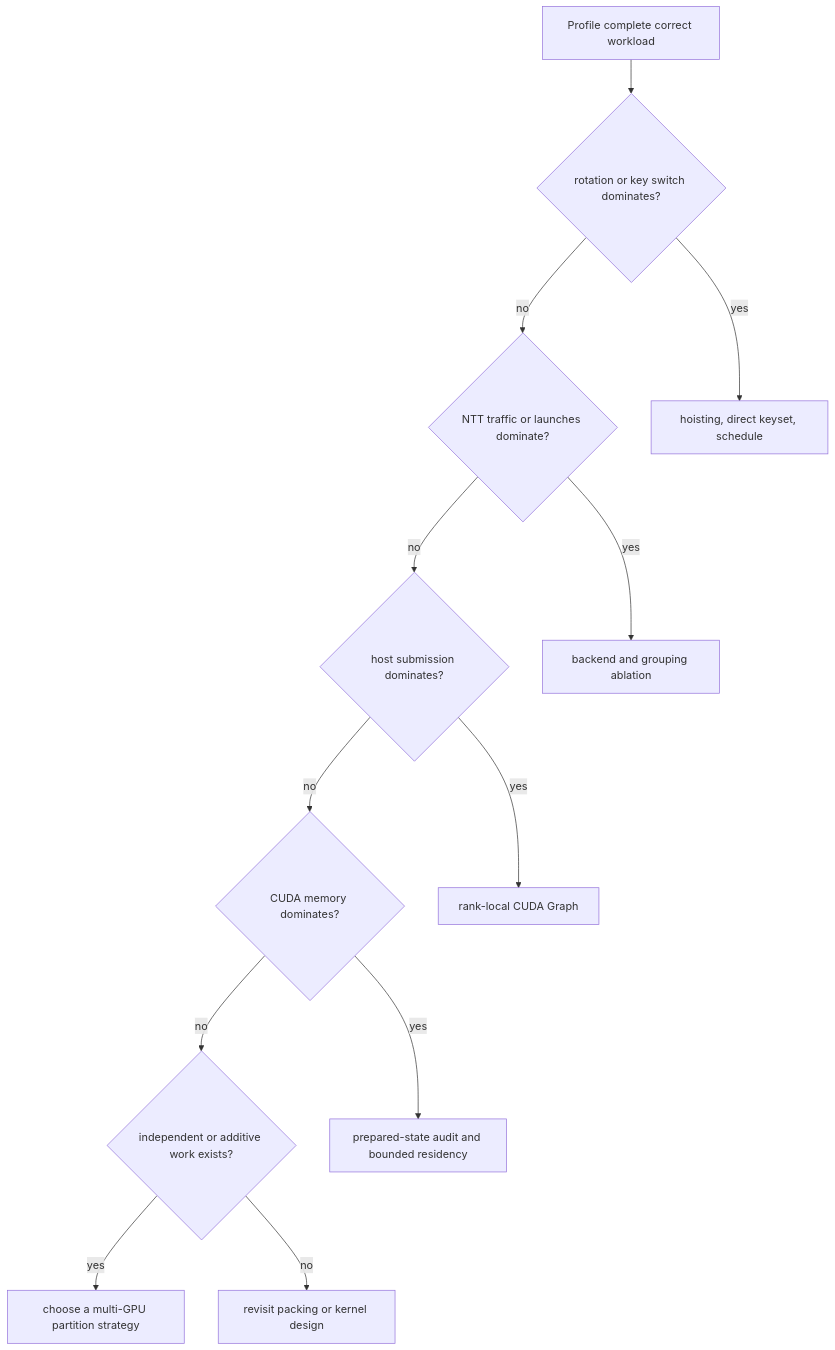
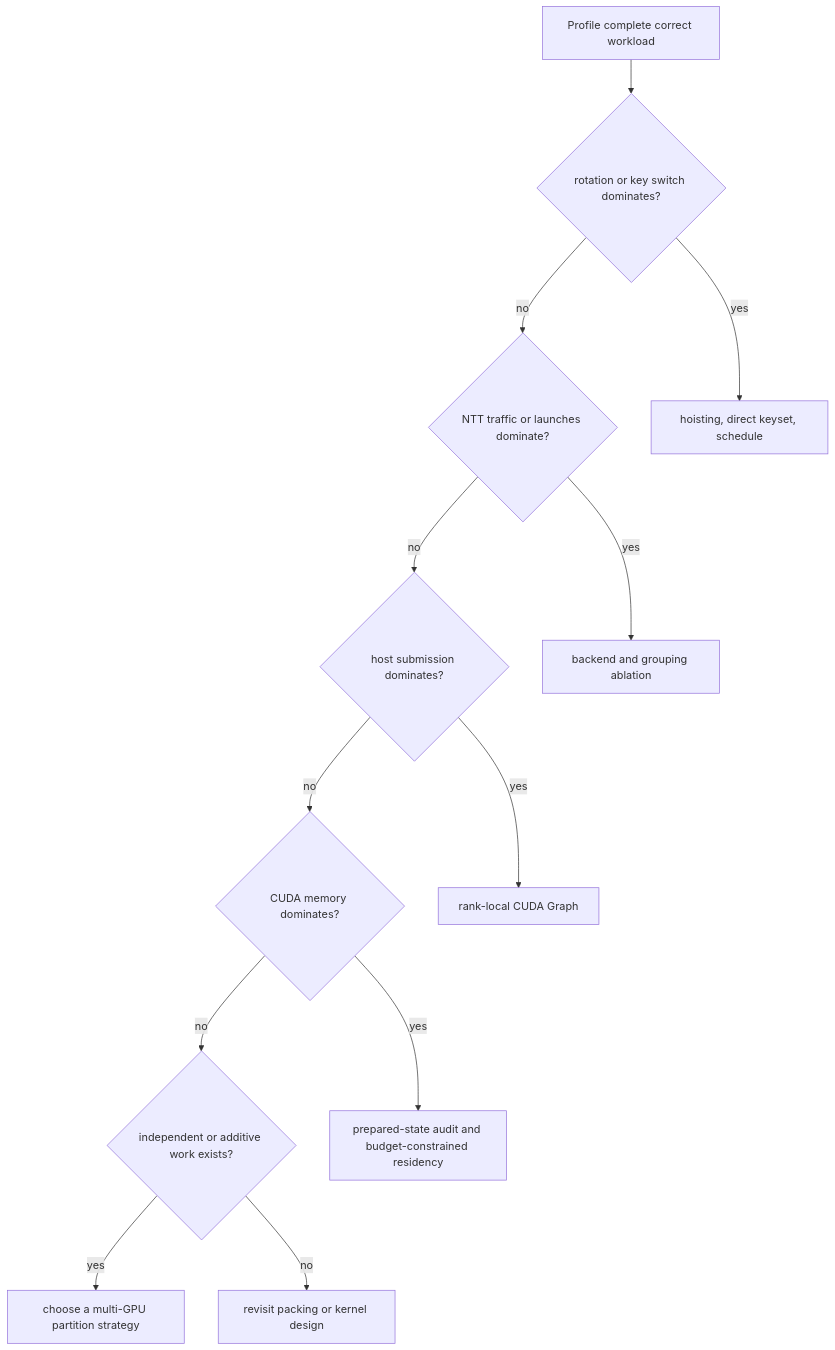
The seventh of 7 diagrams in docs/concepts/performance/cost-model.md (visualDust/fhelium), drawn with Mermaid before and after one commit. The commit also changed other lines of this file and 612 other files, not shown here.

Commit message:
Introduce several architecture changes and support Windows native build

````diff
--- a/docs/concepts/performance/cost-model.md
+++ b/docs/concepts/performance/cost-model.md
@@ -274,20 +275,20 @@
 ```mermaid
 flowchart TD
     P[Profile complete correct workload]
     Q1{rotation or key switch dominates?}
     Q2{NTT traffic or launches dominate?}
     Q3{host submission dominates?}
     Q4{CUDA memory dominates?}
     Q5{independent or additive work exists?}
     P --> Q1
     Q1 -->|yes| H[hoisting, direct keyset, schedule]
     Q1 -->|no| Q2
     Q2 -->|yes| N[backend and grouping ablation]
     Q2 -->|no| Q3
     Q3 -->|yes| G[rank-local CUDA Graph]
     Q3 -->|no| Q4
-    Q4 -->|yes| R[prepared-state audit and bounded residency]
+    Q4 -->|yes| R[prepared-state audit and budget-constrained residency]
     Q4 -->|no| Q5
     Q5 -->|yes| M[choose a multi-GPU partition strategy]
     Q5 -->|no| A[revisit packing or kernel design]
 ```
````
